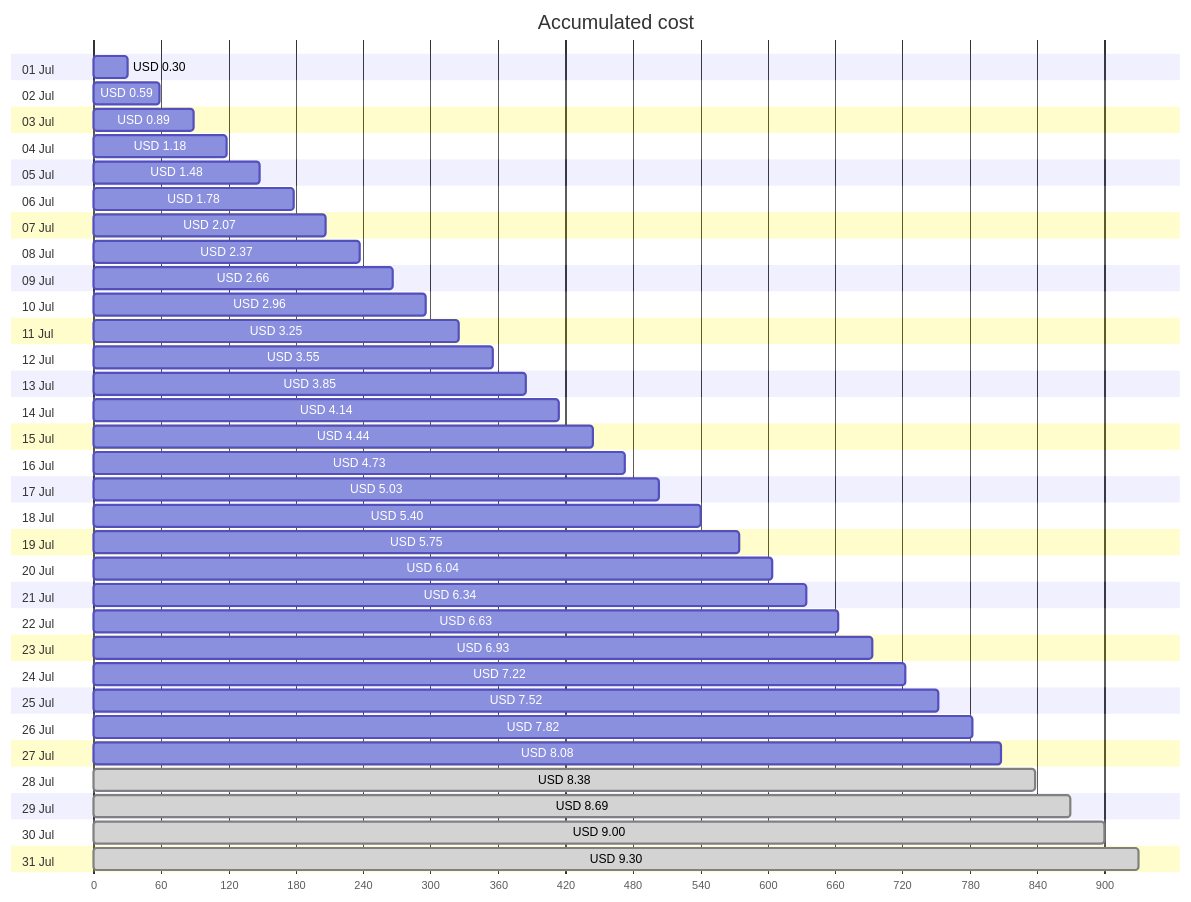
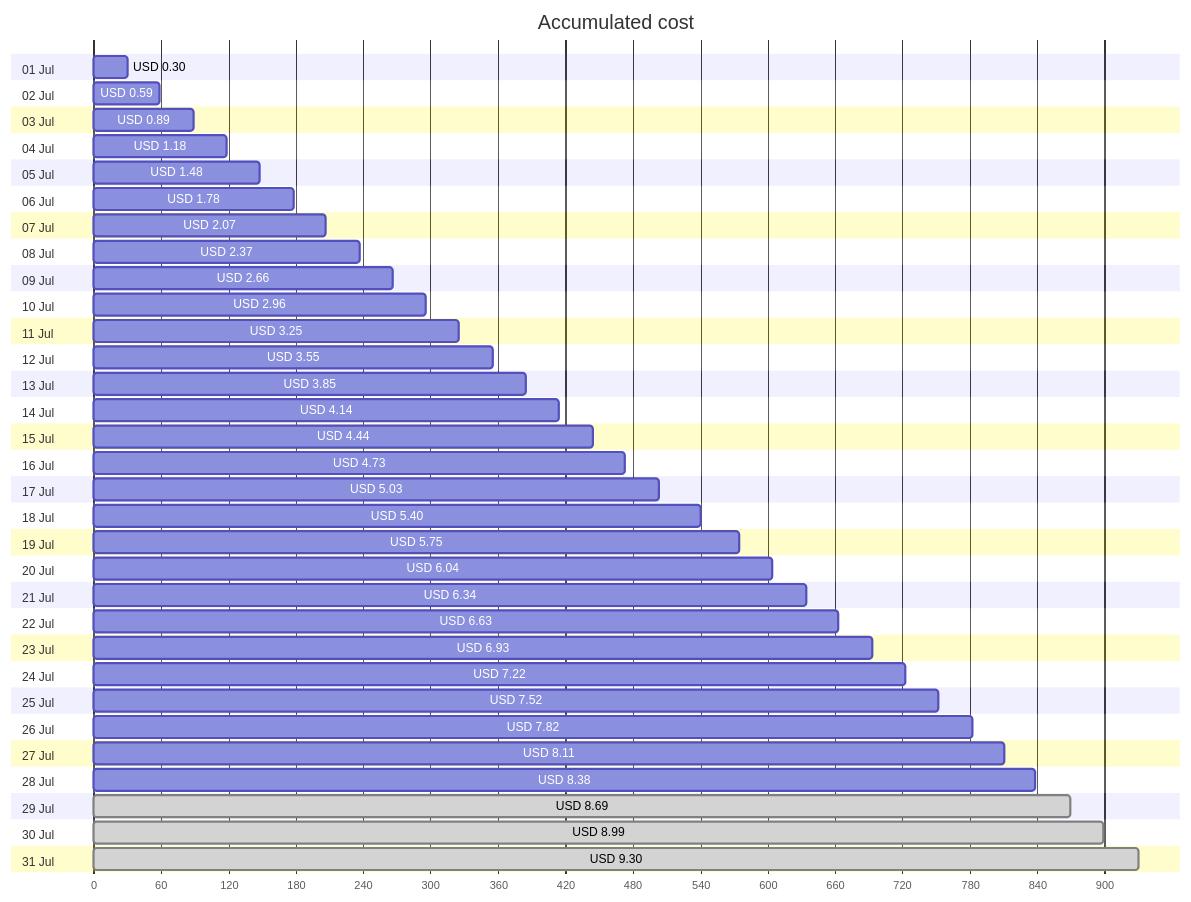
The first of 4 diagrams in cost-reports/personal-site/personal-site-preview.md (jpfulton/azure-personal-reports), drawn with Mermaid before and after one commit. The commit also changed other lines of this file and 6 other files, not shown here.

````diff
--- a/cost-reports/personal-site/personal-site-preview.md
+++ b/cost-reports/personal-site/personal-site-preview.md
@@ -20,68 +20,68 @@
 ```mermaid
 gantt
    title Accumulated cost
    dateFormat  X
    axisFormat %s
    section 01 Jul
    USD 0.30 :0, 30
    section 02 Jul
    USD 0.59 :0, 59
    section 03 Jul
    USD 0.89 :0, 89
    section 04 Jul
    USD 1.18 :0, 118
    section 05 Jul
    USD 1.48 :0, 148
    section 06 Jul
    USD 1.78 :0, 178
    section 07 Jul
    USD 2.07 :0, 207
    section 08 Jul
    USD 2.37 :0, 237
    section 09 Jul
    USD 2.66 :0, 266
    section 10 Jul
    USD 2.96 :0, 296
    section 11 Jul
    USD 3.25 :0, 325
    section 12 Jul
    USD 3.55 :0, 355
    section 13 Jul
    USD 3.85 :0, 385
    section 14 Jul
    USD 4.14 :0, 414
    section 15 Jul
    USD 4.44 :0, 444
    section 16 Jul
    USD 4.73 :0, 473
    section 17 Jul
    USD 5.03 :0, 503
    section 18 Jul
    USD 5.40 :0, 540
    section 19 Jul
    USD 5.75 :0, 575
    section 20 Jul
    USD 6.04 :0, 604
    section 21 Jul
    USD 6.34 :0, 634
    section 22 Jul
    USD 6.63 :0, 663
    section 23 Jul
    USD 6.93 :0, 693
    section 24 Jul
    USD 7.22 :0, 722
    section 25 Jul
    USD 7.52 :0, 752
    section 26 Jul
    USD 7.82 :0, 782
    section 27 Jul
-   USD 8.08 :0, 808
+   USD 8.11 :0, 811
    section 28 Jul
-   USD 8.38 : done, 0, 838
+   USD 8.38 :0, 838
    section 29 Jul
    USD 8.69 : done, 0, 869
    section 30 Jul
-   USD 9.00 : done, 0, 900
+   USD 8.99 : done, 0, 899
    section 31 Jul
    USD 9.30 : done, 0, 930
 ```
````
